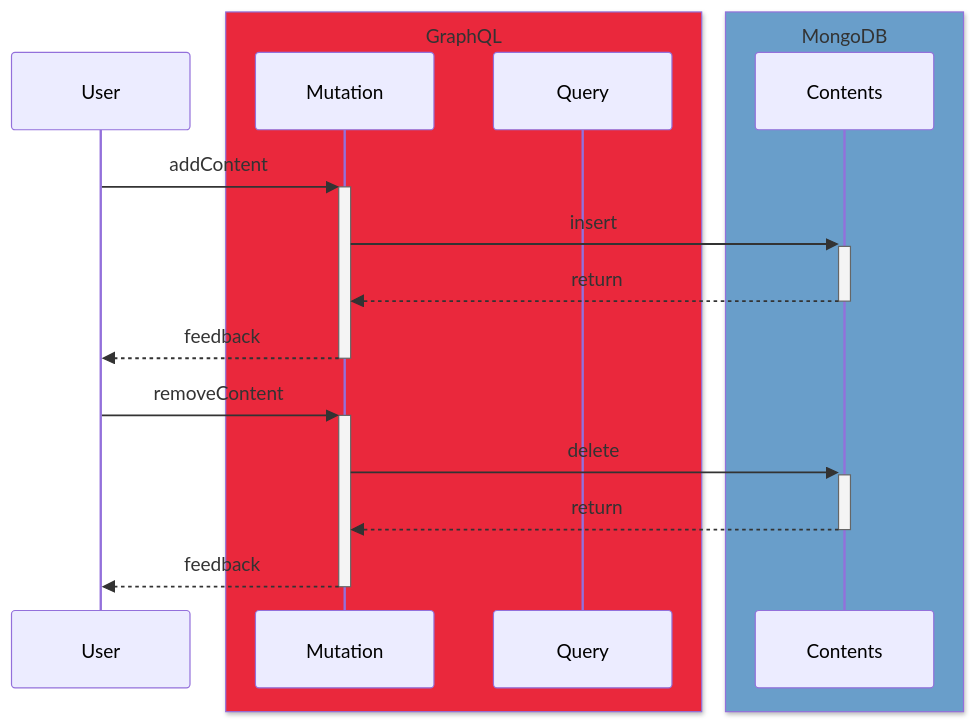
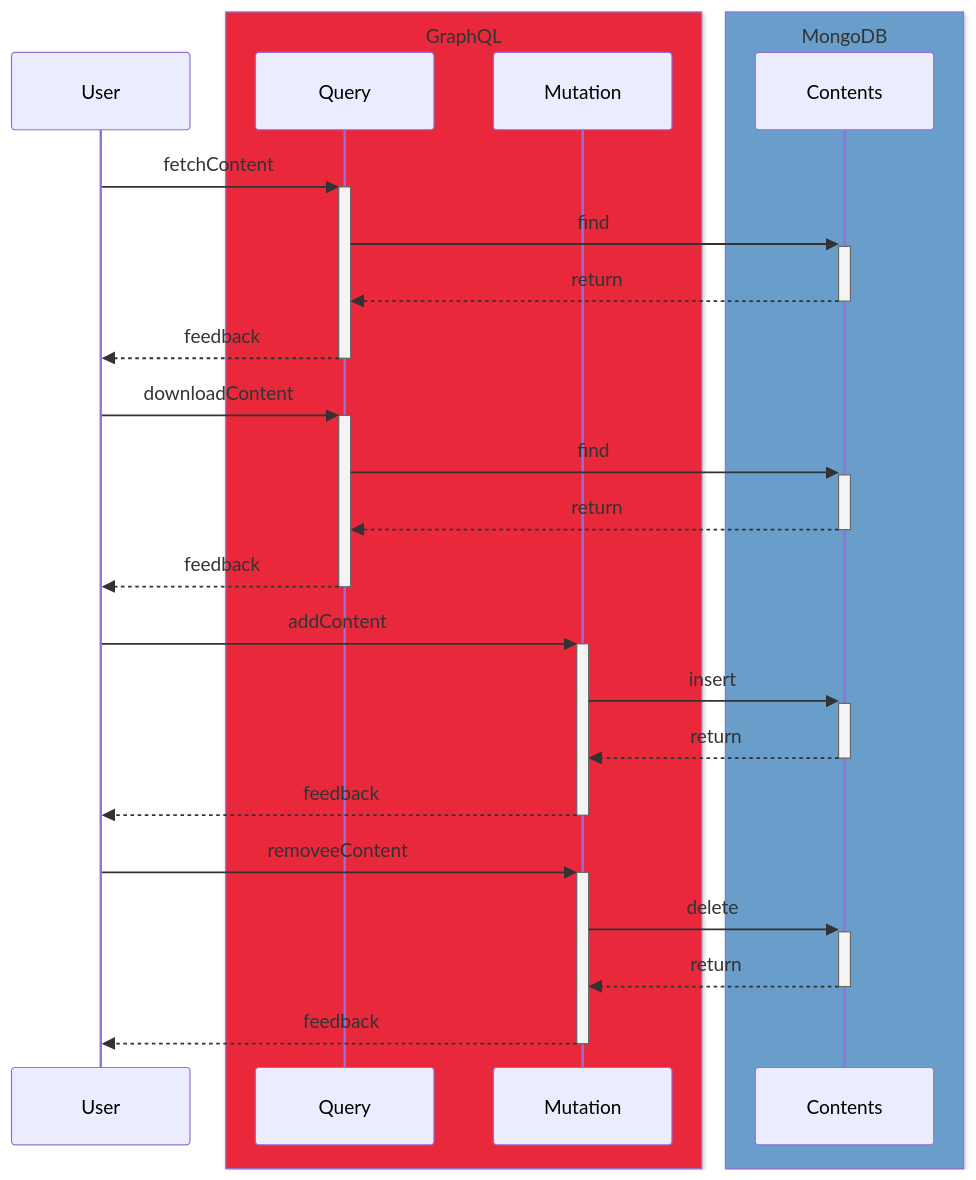
The second of 2 diagrams in pages/micro-services/memoria-record.mdx (hazuki3417/memoria-design), drawn with Mermaid before and after one commit. The commit also changed other lines of this file and 1 other file, not shown here.

````diff
--- a/pages/micro-services/memoria-record.mdx
+++ b/pages/micro-services/memoria-record.mdx
@@ -135,28 +53,34 @@
 ```mermaid
 sequenceDiagram
 
 participant user as User
 
 box rgb(234 40 60) GraphQL
+participant query as Query
 participant mutation as Mutation
-participant query as Query
 end
 
 box rgb(105 158 202) MongoDB
 participant collection-contents as Contents
 end
 
+user->>+query: fetchContent
+query->>+collection-contents: find
+collection-contents-->>-query: return
+query-->>-user: feedback
+
+user->>+query: downloadContent
+query->>+collection-contents: find
+collection-contents-->>-query: return
+query-->>-user: feedback
 
 user->>+mutation: addContent
 mutation->>+collection-contents: insert
 collection-contents-->>-mutation: return
 mutation-->>-user: feedback
 
-user->>+mutation: removeContent
+user->>+mutation: removeeContent
 mutation->>+collection-contents: delete
 collection-contents-->>-mutation: return
 mutation-->>-user: feedback
-
-
-
 ```
````
